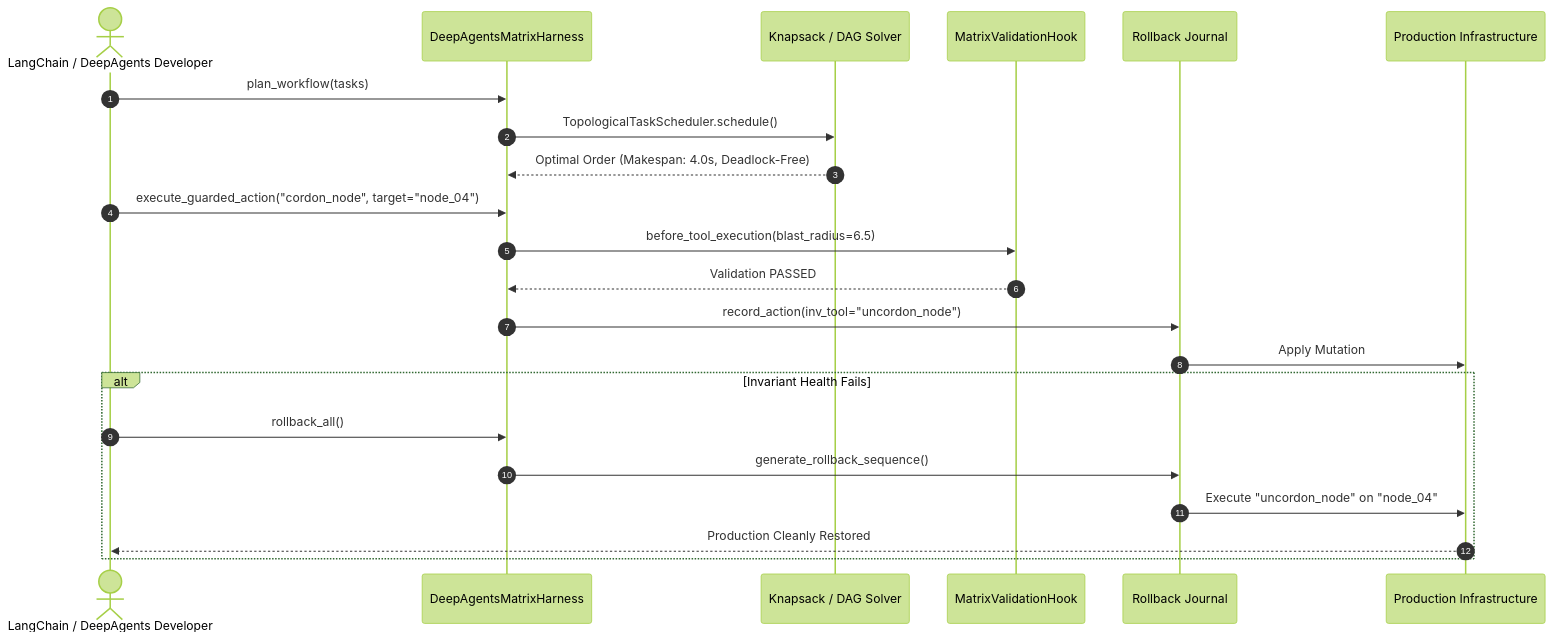
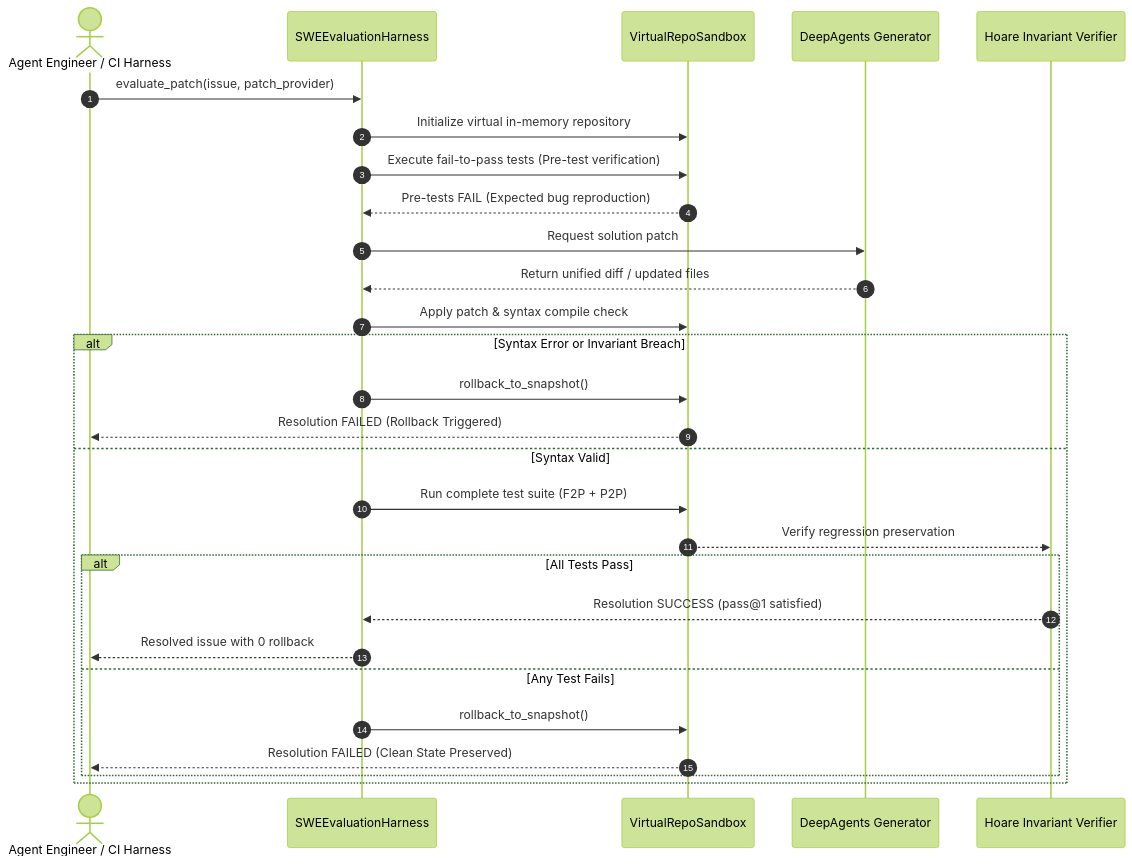
The second of 4 diagrams in README.md (AAH20/apex-deepagents-matrix), drawn with Mermaid (forest theme) before and after one commit. The commit also changed other lines of this file and 9 other files, not shown here.

Commit message:
feat(eval): integrate SWE-bench evaluation harness, agentic E2E framework, and dynamic evolution engine

````diff
--- a/README.md
+++ b/README.md
@@ -74,27 +90,33 @@
 ```mermaid
 sequenceDiagram
     autonumber
-    actor Dev as LangChain / DeepAgents Developer
-    participant Harness as DeepAgentsMatrixHarness
-    participant Solver as Knapsack / DAG Solver
-    participant Hook as MatrixValidationHook
-    participant Journal as Rollback Journal
-    participant Target as Production Infrastructure
+    actor Dev as Agent Engineer / CI Harness
+    participant Eval as SWEEvaluationHarness
+    participant Sandbox as VirtualRepoSandbox
+    participant Agent as DeepAgents Generator
+    participant Invariant as Hoare Invariant Verifier
 
-    Dev->>Harness: plan_workflow(tasks)
-    Harness->>Solver: TopologicalTaskScheduler.schedule()
-    Solver-->>Harness: Optimal Order (Makespan: 4.0s, Deadlock-Free)
+    Dev->>Eval: evaluate_patch(issue, patch_provider)
+    Eval->>Sandbox: Initialize virtual in-memory repository
+    Eval->>Sandbox: Execute fail-to-pass tests (Pre-test verification)
+    Sandbox-->>Eval: Pre-tests FAIL (Expected bug reproduction)
     
-    Dev->>Harness: execute_guarded_action("cordon_node", target="node_04")
-    Harness->>Hook: before_tool_execution(blast_radius=6.5)
-    Hook-->>Harness: Validation PASSED
-    Harness->>Journal: record_action(inv_tool="uncordon_node")
-    Journal->>Target: Apply Mutation
+    Eval->>Agent: Request solution patch
+    Agent-->>Eval: Return unified diff / updated files
     
-    alt Invariant Health Fails
-        Dev->>Harness: rollback_all()
-        Harness->>Journal: generate_rollback_sequence()
-        Journal->>Target: Execute "uncordon_node" on "node_04"
-        Target-->>Dev: Production Cleanly Restored
+    Eval->>Sandbox: Apply patch & syntax compile check
+    alt Syntax Error or Invariant Breach
+        Eval->>Sandbox: rollback_to_snapshot()
+        Sandbox-->>Dev: Resolution FAILED (Rollback Triggered)
+    else Syntax Valid
+        Eval->>Sandbox: Run complete test suite (F2P + P2P)
+        Sandbox-->>Invariant: Verify regression preservation
+        alt All Tests Pass
+            Invariant-->>Eval: Resolution SUCCESS (pass@1 satisfied)
+            Eval-->>Dev: Resolved issue with 0 rollback
+        else Any Test Fails
+            Eval->>Sandbox: rollback_to_snapshot()
+            Sandbox-->>Dev: Resolution FAILED (Clean State Preserved)
+        end
     end
 ```
````
